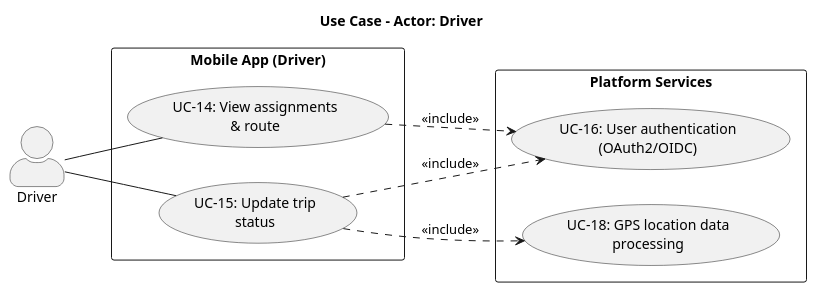
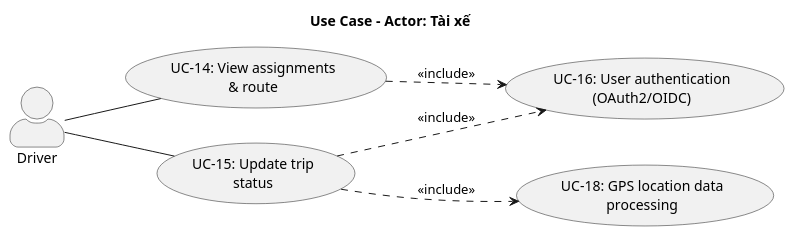
One commit to phuongbv00/hust-bus-stop changed the diagram in docs/uml/usecase/usecase_driver.puml. Above: the diagram before and after it, drawn with PlantUML. The commit also changed 26 other files, not shown here.

Commit message:
docs: update diagrams

```diff
--- a/docs/uml/usecase/usecase_driver.puml
+++ b/docs/uml/usecase/usecase_driver.puml
@@ -1,26 +1,22 @@
 @startuml
-title Use Case - Actor: Driver
+title Use Case - Actor: Tài xế
 left to right direction
 skinparam packageStyle rectangle
 skinparam actorStyle awesome
 
 actor "Driver" as Driver
 
-rectangle "Mobile App (Driver)" {
   usecase "UC-14: View assignments\n& route" as UC14
   usecase "UC-15: Update trip\nstatus" as UC15
-}
 
-rectangle "Platform Services" {
   usecase "UC-16: User authentication\n(OAuth2/OIDC)" as UC16
   usecase "UC-18: GPS location data\nprocessing" as UC18
-}
 
 Driver -- UC14
 Driver -- UC15
 
 ' Include relationships
 UC14 ..> UC16 : <<include>>
 UC15 ..> UC16 : <<include>>
 UC15 ..> UC18 : <<include>>
 @enduml
```
